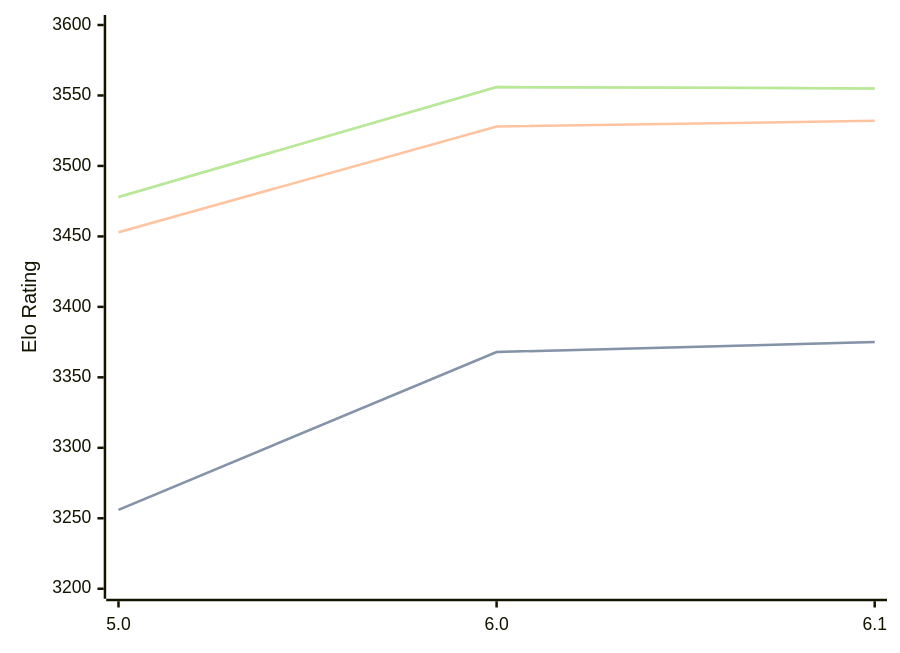
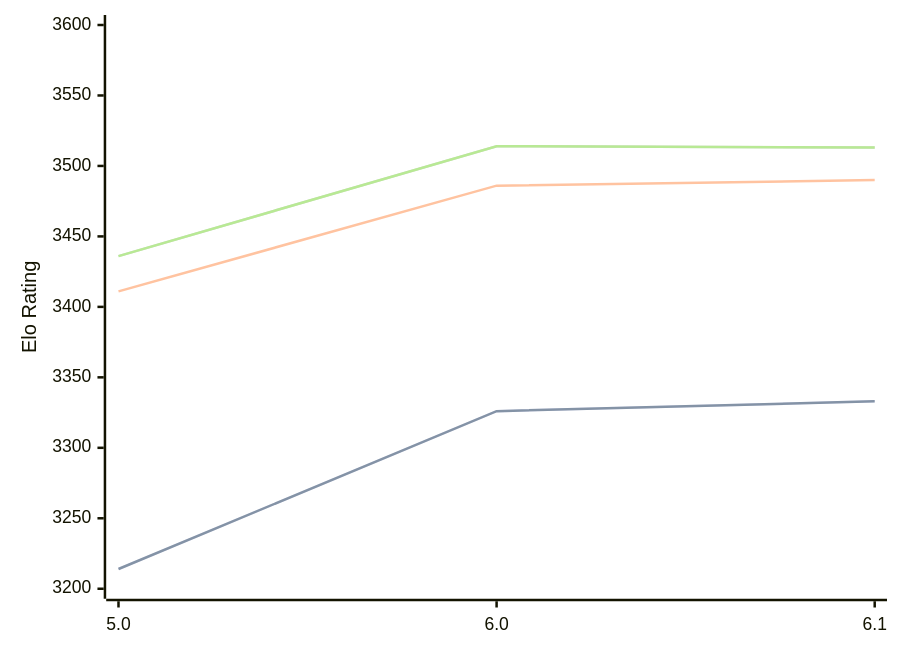
Before and after one commit to computer-chess-index/cci: the diagram in engines/Starzix.md, drawn with Mermaid. The commit also changed other lines of this file, not shown here.

Commit message:
Update CCI Ratings (ELO VLTC) - 2026-05-19

````diff
--- a/engines/Starzix.md
+++ b/engines/Starzix.md
@@ -37,11 +37,11 @@
 ```mermaid
 %%{init: {"theme":"base","themeVariables":{"seriesColors:['#a3a3a3','#222221','#faa371']}}}%%
 xychart-beta
   x-axis ["5.0", "6.0", "6.1"]
   y-axis "Elo Rating" 3200 --> 3600
-  line "STC (8.0+0.08s)" [3256, 3368, 3375]
-  line "STC (8.0+0.08s)" [3256, 3368, 3375]
-  line "LTC (60.0+0.60s)" [3453, 3528, 3532]
-  line "VLTC (2m24s+1.12s)" [3478, 3556, 3555]
-  line "VLTC (2m24s+1.12s)" [3478, 3556, 3555]
+  line "STC (8.0+0.08s)" [3214, 3326, 3333]
+  line "STC (8.0+0.08s)" [3214, 3326, 3333]
+  line "LTC (60.0+0.60s)" [3411, 3486, 3490]
+  line "VLTC (2m24s+1.12s)" [3436, 3514, 3513]
+  line "VLTC (2m24s+1.12s)" [3436, 3514, 3513]
 ```
````
